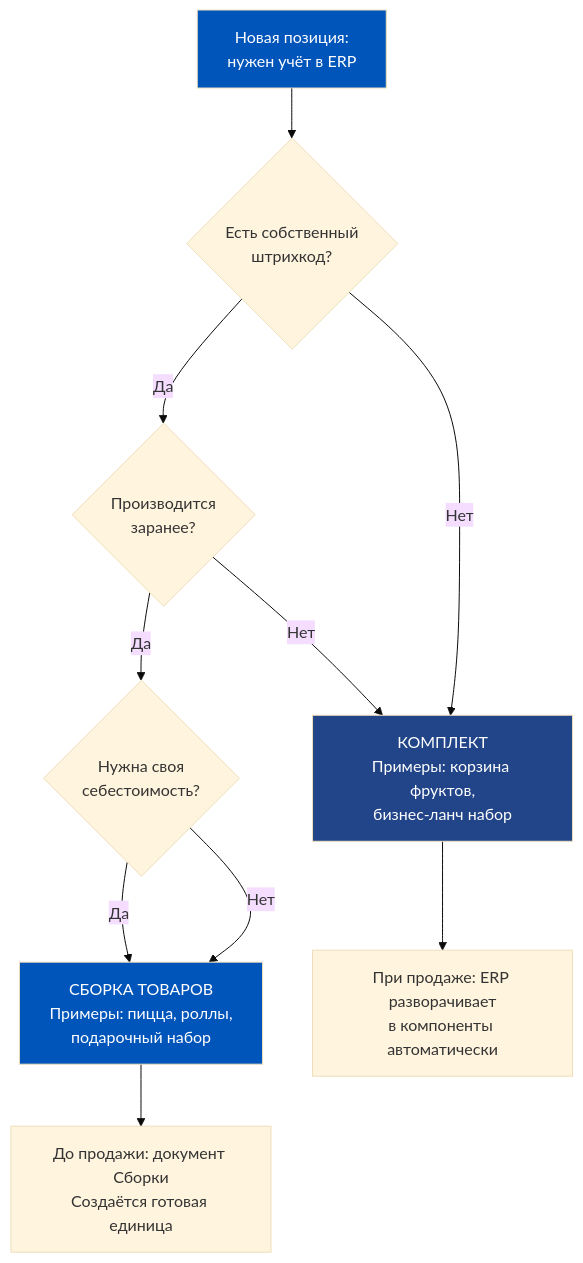
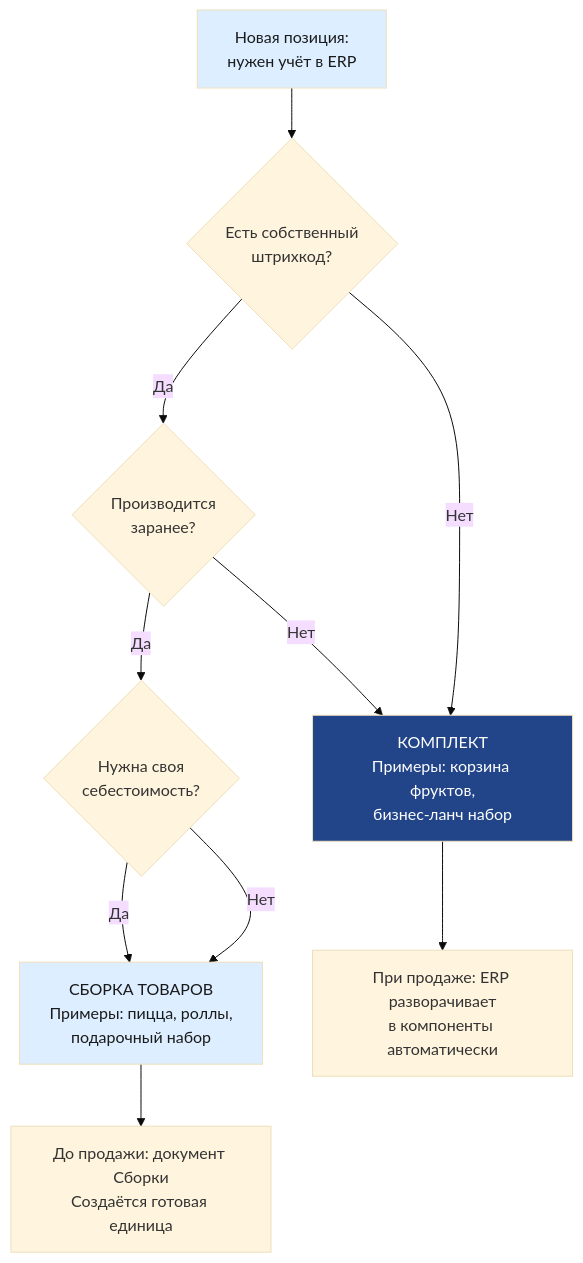
One commit to murad1986/1c-erp-quartz changed the eighth of 9 diagrams in content/1c-erp/week_5/Неделя 5 - День 2 - Сборка и разборка товаров.md. Above: the diagram before and after it, drawn with Mermaid (base theme). The commit also changed other lines of this file and 57 other files, not shown here.

First line of the commit message:
fix: Mermaid — пастельные цвета в источниках диаграмм (56 файлов)

````diff
--- a/content/1c-erp/week_5/Неделя 5 - День 2 - Сборка и разборка товаров.md
+++ b/content/1c-erp/week_5/Неделя 5 - День 2 - Сборка и разборка товаров.md
@@ -428,16 +428,16 @@
 ```mermaid
 flowchart TD
     START["Новая позиция:<br/>нужен учёт в ERP"] --> Q1{"Есть собственный<br/>штрихкод?"}
     Q1 -->|"Да"| Q2{"Производится<br/>заранее?"}
     Q1 -->|"Нет"| COMP["КОМПЛЕКТ<br/>Примеры: корзина фруктов,<br/>бизнес-ланч набор"]
     Q2 -->|"Да"| Q3{"Нужна своя<br/>себестоимость?"}
     Q2 -->|"Нет"| COMP
     Q3 -->|"Да"| ASSEMBLY["СБОРКА ТОВАРОВ<br/>Примеры: пицца, роллы,<br/>подарочный набор"]
     Q3 -->|"Нет"| ASSEMBLY
     COMP --> RES1["При продаже: ERP разворачивает<br/>в компоненты автоматически"]
     ASSEMBLY --> RES2["До продажи: документ Сборки<br/>Создаётся готовая единица"]
 
-    style START fill:#0055BB,color:#fff
+    style START fill:#dceeff,color:#1a1a1a
     style COMP fill:#224488,color:#fff
-    style ASSEMBLY fill:#0055BB,color:#fff
+    style ASSEMBLY fill:#dceeff,color:#1a1a1a
 ```
````
